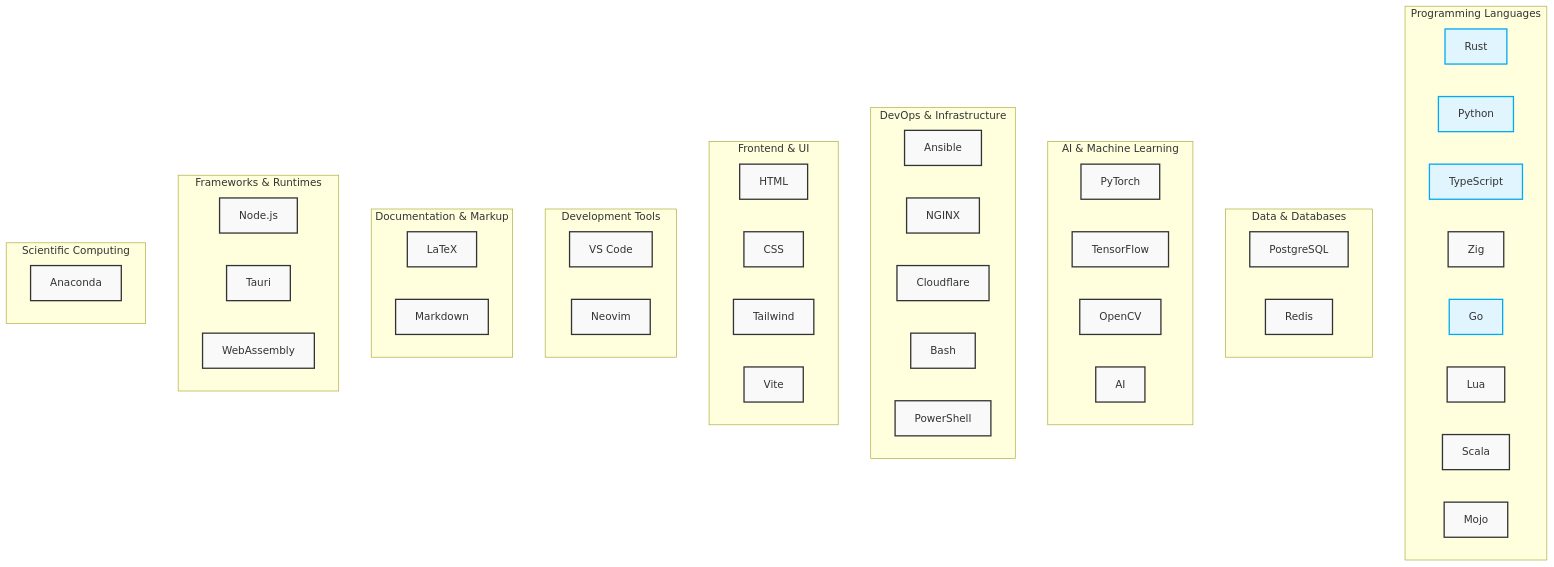
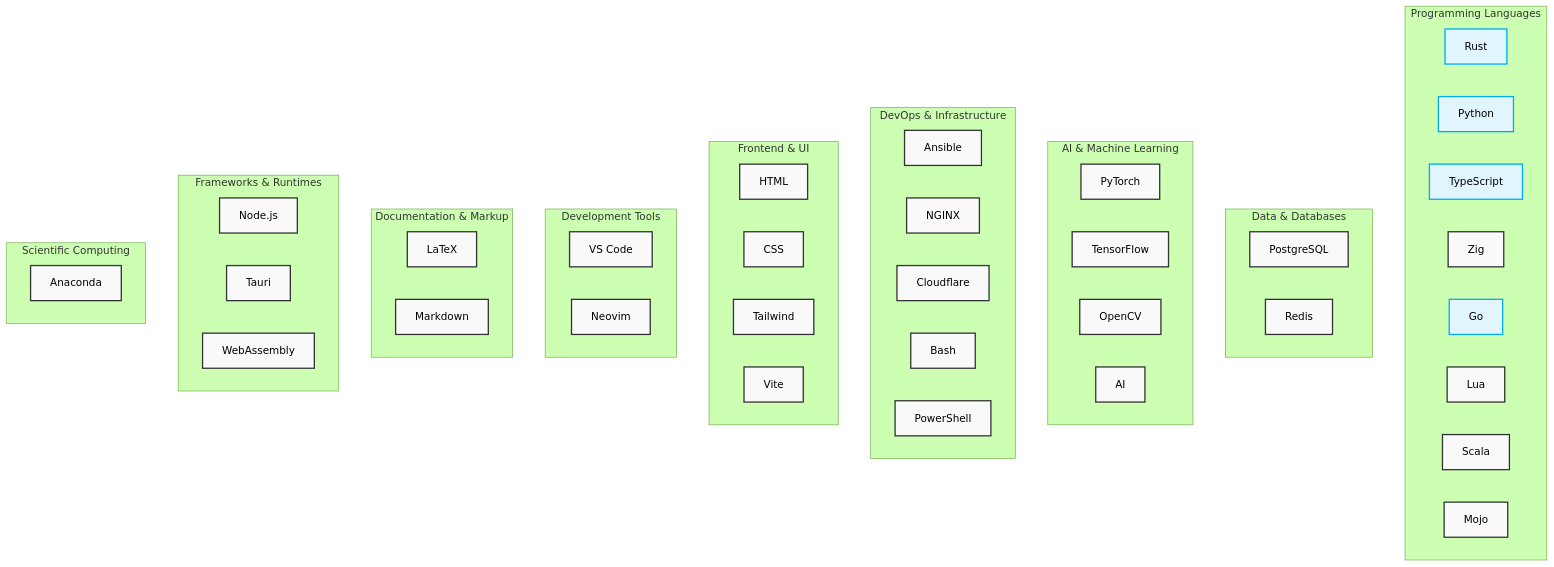
The diagram in README.md (PhaedrusFlow/phaedrusflow), drawn with Mermaid before and after one commit.

````diff
--- a/README.md
+++ b/README.md
@@ -62,64 +62,65 @@
 ```mermaid
+%%{init: {'theme': 'forest', 'themeVariables': { 'fontSize': '16px', 'fontFamily': 'arial' }, 'flowchart': {'htmlLabels': true, 'curve': 'cardinal'}, 'securityLevel': 'loose'}}%%
 graph TB
     subgraph "Programming Languages"
         Rust["Rust"]
         Python["Python"]
         TypeScript["TypeScript"]
         Zig["Zig"]
         Go["Go"]
         Lua["Lua"]
         Scala["Scala"]
         Mojo["Mojo"]
     end
     
     subgraph "Data & Databases"
         Postgres["PostgreSQL"]
         Redis["Redis"]
     end
     
     subgraph "AI & Machine Learning"
         PyTorch["PyTorch"]
         TensorFlow["TensorFlow"]
         OpenCV["OpenCV"]
         AI["AI"]
     end
     
     subgraph "DevOps & Infrastructure"
         Ansible["Ansible"]
         Nginx["NGINX"]
         Cloudflare["Cloudflare"]
         Bash["Bash"]
         PowerShell["PowerShell"]
     end
     
     subgraph "Frontend & UI"
         HTML["HTML"]
         CSS["CSS"]
         Tailwind["Tailwind"]
         Vite["Vite"]
     end
     
     subgraph "Development Tools"
         VSCode["VS Code"]
         Neovim["Neovim"]
     end
     
     subgraph "Documentation & Markup"
         LaTeX["LaTeX"]
         Markdown["Markdown"]
     end
     
     subgraph "Frameworks & Runtimes"
         NodeJS["Node.js"]
         Tauri["Tauri"]
         WASM["WebAssembly"]
     end
     
     subgraph "Scientific Computing"
         Anaconda["Anaconda"]
     end
 
     classDef default fill:#f9f9f9,stroke:#333,stroke-width:2px;
     classDef highlight fill:#e1f5fe,stroke:#03a9f4,stroke-width:2px;
     class Rust,Python,TypeScript,Go highlight;
 ```
````
